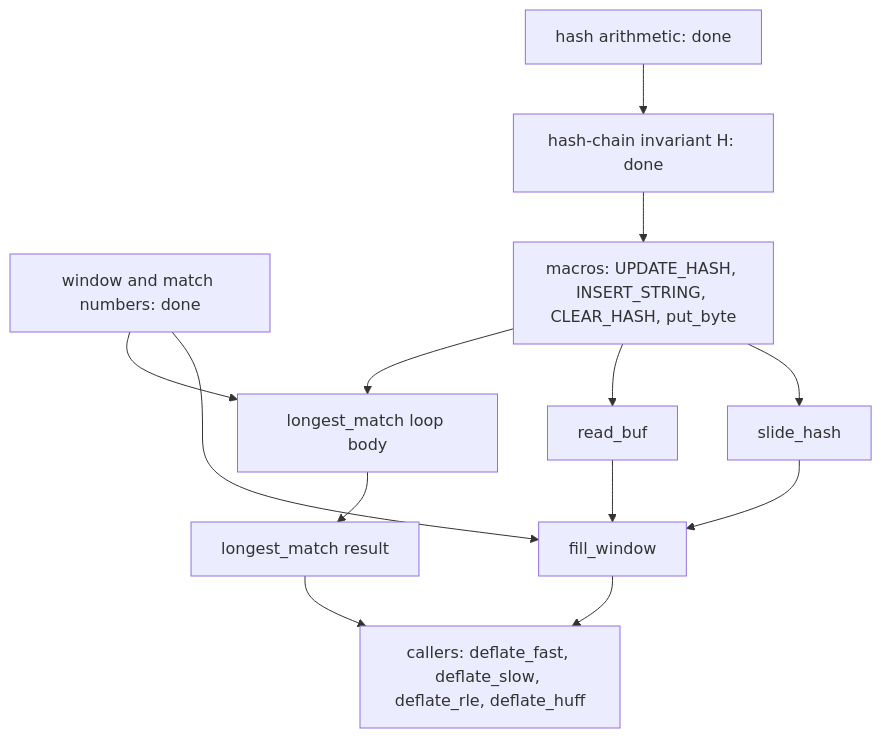
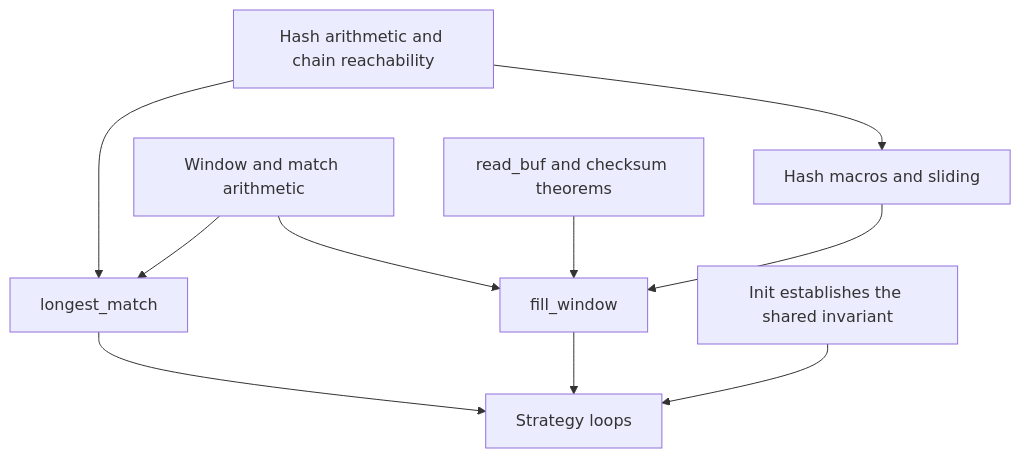
The diagram in docs/migration/deflate-engine.md (cla7aye15I4nd/zlib-f), drawn with Mermaid before and after one commit. The commit also changed other lines of this file and 95 other files, not shown here.

````diff
--- a/docs/migration/deflate-engine.md
+++ b/docs/migration/deflate-engine.md
@@ -99,15 +56,12 @@
 ```mermaid
 flowchart TD
-  A[hash arithmetic: done] --> C[hash-chain invariant H: done]
-  B[window and match numbers: done] --> F
-  C --> D[macros: UPDATE_HASH, INSERT_STRING, CLEAR_HASH, put_byte]
-  D --> E[slide_hash]
-  D --> G[read_buf]
-  E --> F[fill_window]
-  G --> F
-  D --> H[longest_match loop body]
-  B --> H
-  H --> I[longest_match result]
-  F --> J[callers: deflate_fast, deflate_slow, deflate_rle, deflate_huff]
-  I --> J
+    H[Hash arithmetic and chain reachability] --> M[Hash macros and sliding]
+    W[Window and match arithmetic] --> F[fill_window]
+    M --> F
+    R[read_buf and checksum theorems] --> F
+    H --> L[longest_match]
+    W --> L
+    F --> C[Strategy loops]
+    L --> C
+    I[Init establishes the shared invariant] --> C
 ```
````
